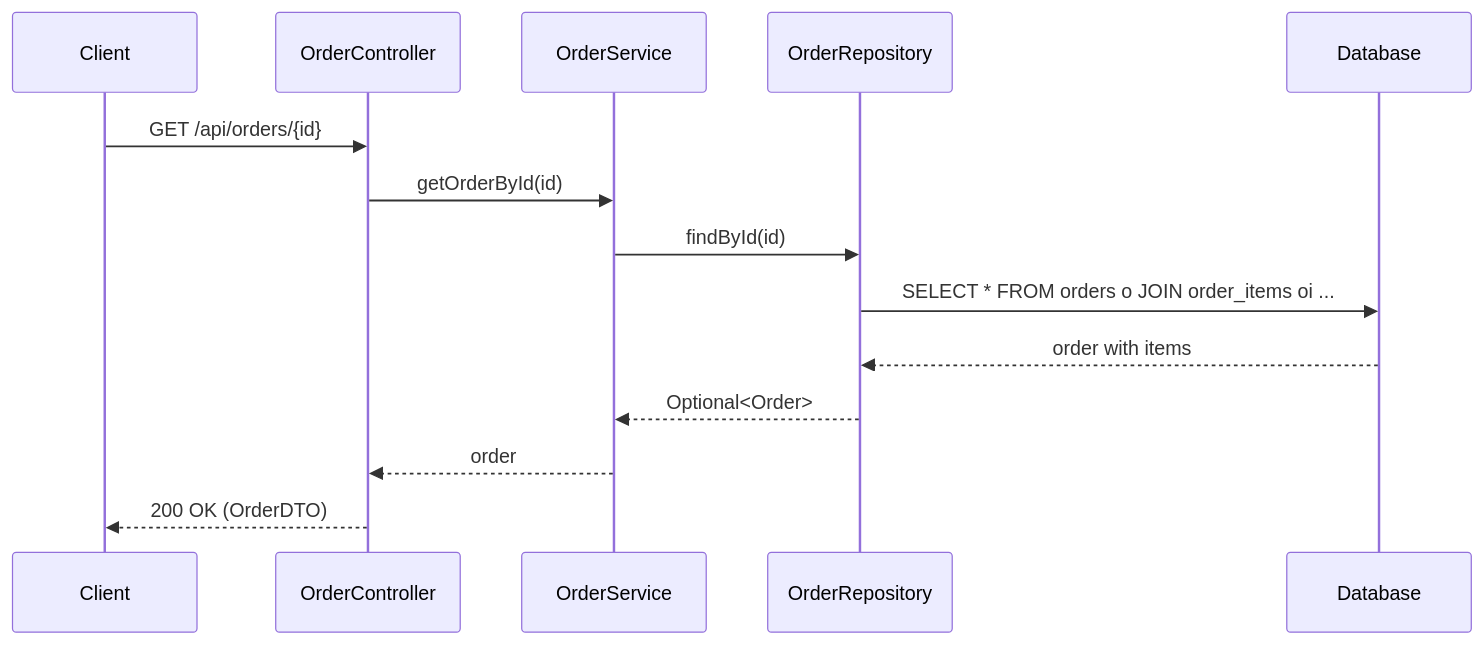
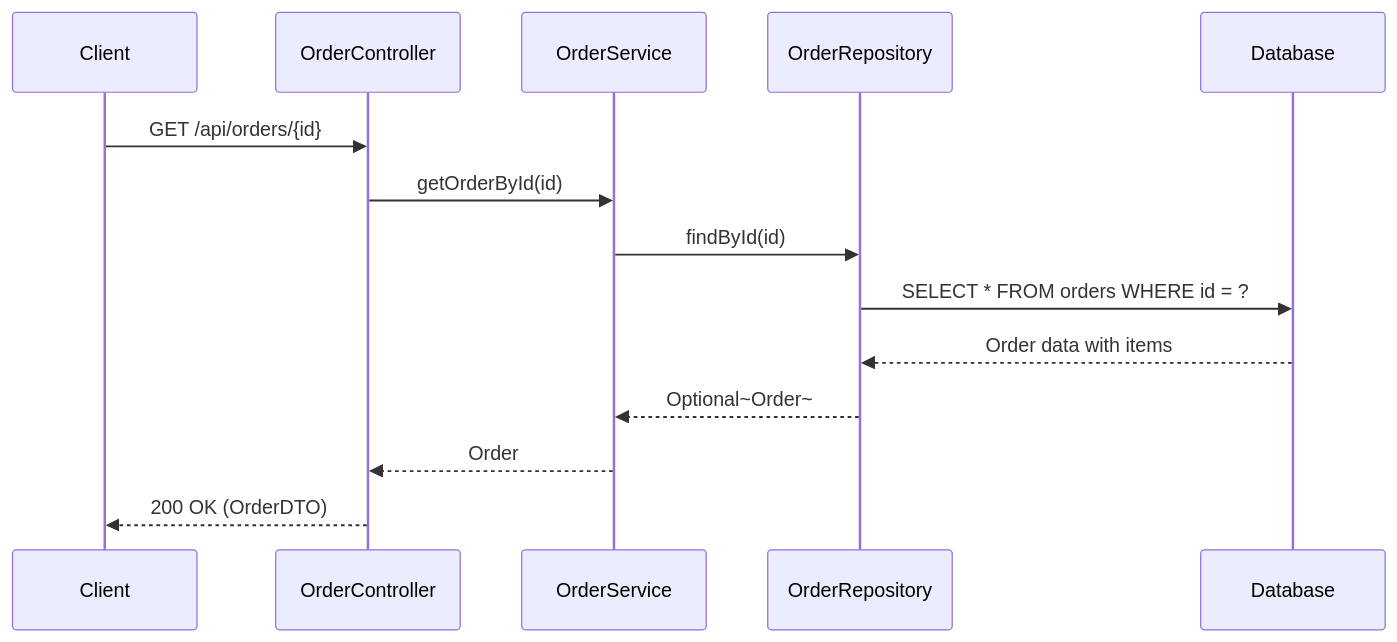
Before and after one commit to NavneetBN47/aava-ecom-demo: the eighth of 13 diagrams in docs/LLD/modified_lld.md, drawn with Mermaid. The commit also changed other lines of this file, not shown here.

````diff
--- a/docs/LLD/modified_lld.md
+++ b/docs/LLD/modified_lld.md
@@ -460,17 +404,17 @@
 ```mermaid
 sequenceDiagram
     participant Client
     participant OrderController
     participant OrderService
     participant OrderRepository
     participant Database
 
     Client->>OrderController: GET /api/orders/{id}
     OrderController->>OrderService: getOrderById(id)
     OrderService->>OrderRepository: findById(id)
-    OrderRepository->>Database: SELECT * FROM orders o JOIN order_items oi ...
-    Database-->>OrderRepository: order with items
-    OrderRepository-->>OrderService: Optional<Order>
-    OrderService-->>OrderController: order
+    OrderRepository->>Database: SELECT * FROM orders WHERE id = ?
+    Database-->>OrderRepository: Order data with items
+    OrderRepository-->>OrderService: Optional~Order~
+    OrderService-->>OrderController: Order
     OrderController-->>Client: 200 OK (OrderDTO)
 ```
````
